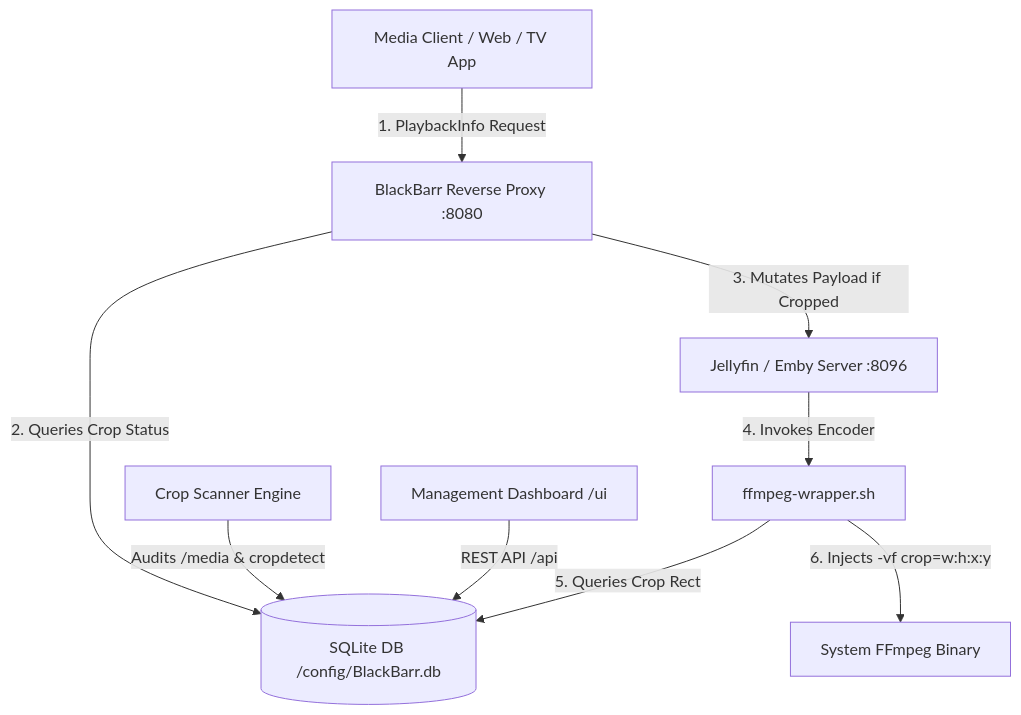
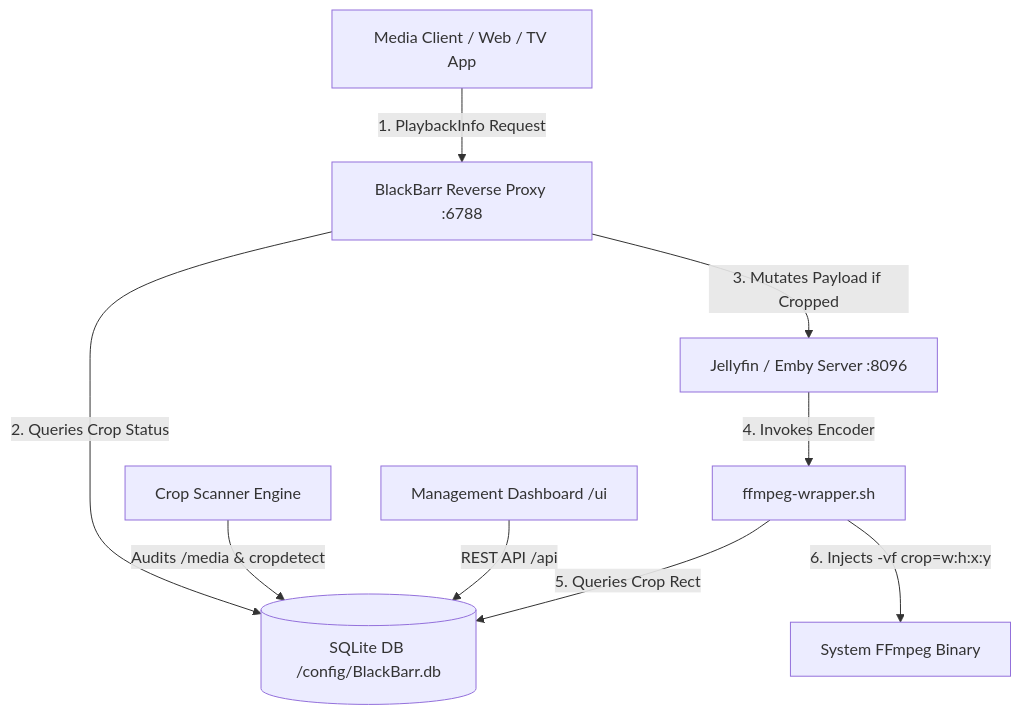
Before and after one commit to EatPrilosec/BlackBarr: the diagram in README.md, drawn with Mermaid. The commit also changed other lines of this file and 4 other files, not shown here.

````diff
--- a/README.md
+++ b/README.md
@@ -21,12 +21,12 @@
 ```mermaid
 flowchart TD
-    Client[Media Client / Web / TV App] -->|1. PlaybackInfo Request| Proxy[BlackBarr Reverse Proxy :8080]
+    Client[Media Client / Web / TV App] -->|1. PlaybackInfo Request| Proxy[BlackBarr Reverse Proxy :6788]
     Proxy -->|2. Queries Crop Status| DB[(SQLite DB /config/BlackBarr.db)]
     Proxy -->|3. Mutates Payload if Cropped| Server[Jellyfin / Emby Server :8096]
     Server -->|4. Invokes Encoder| Wrapper[ffmpeg-wrapper.sh]
     Wrapper -->|5. Queries Crop Rect| DB
     Wrapper -->|6. Injects -vf crop=w:h:x:y| FFmpeg[System FFmpeg Binary]
     
     Scanner[Crop Scanner Engine] -->|Audits /media & cropdetect| DB
     WebUI[Management Dashboard /ui] -->|REST API /api| DB
 ```
````
